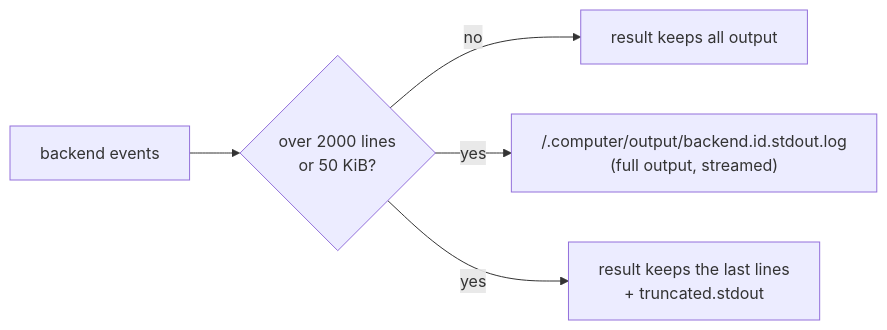
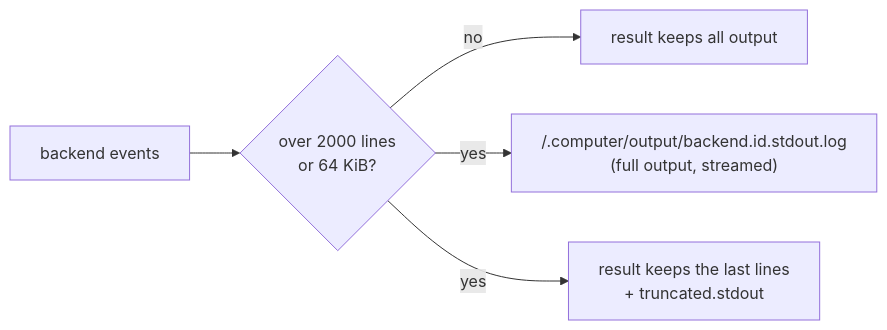
Before and after one commit to cloudflare/computer: the diagram in docs/05_runtime_interface.md, drawn with Mermaid. The commit also changed other lines of this file and 9 other files, not shown here.

````diff
--- a/docs/05_runtime_interface.md
+++ b/docs/05_runtime_interface.md
@@ -90,7 +90,7 @@
 ```mermaid
 flowchart LR
-  B[backend events] --> S{over 2000 lines<br/>or 50 KiB?}
+  B[backend events] --> S{over 2000 lines<br/>or 64 KiB?}
   S -- no --> R[result keeps all output]
   S -- yes --> F["/.computer/output/backend.id.stdout.log<br/>(full output, streamed)"]
   S -- yes --> T[result keeps the last lines<br/>+ truncated.stdout]
 ```
````
